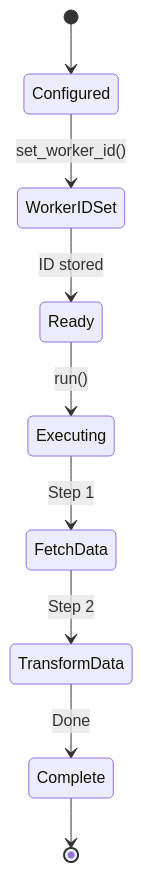
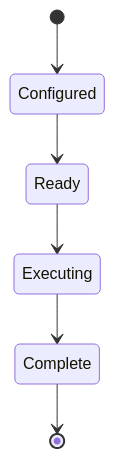
One commit to wisrovi/wpipe changed the fourth of 5 diagrams in examples/api_pipeline/02_worker_id/README.md. Above: the diagram before and after it, drawn with Mermaid. The commit also changed other lines of this file and 20 other files, not shown here.

First line of the commit message:
Simplify Mermaid diagrams for better rendering

````diff
--- a/examples/api_pipeline/02_worker_id/README.md
+++ b/examples/api_pipeline/02_worker_id/README.md
@@ -62,11 +57,8 @@
 ```mermaid
 stateDiagram-v2
     [*] --> Configured
-    Configured --> WorkerIDSet: set_worker_id()
-    WorkerIDSet --> Ready: ID stored
-    Ready --> Executing: run()
-    Executing --> FetchData: Step 1
-    FetchData --> TransformData: Step 2
-    TransformData --> Complete: Done
+    Configured --> Ready
+    Ready --> Executing
+    Executing --> Complete
     Complete --> [*]
 ```
````
